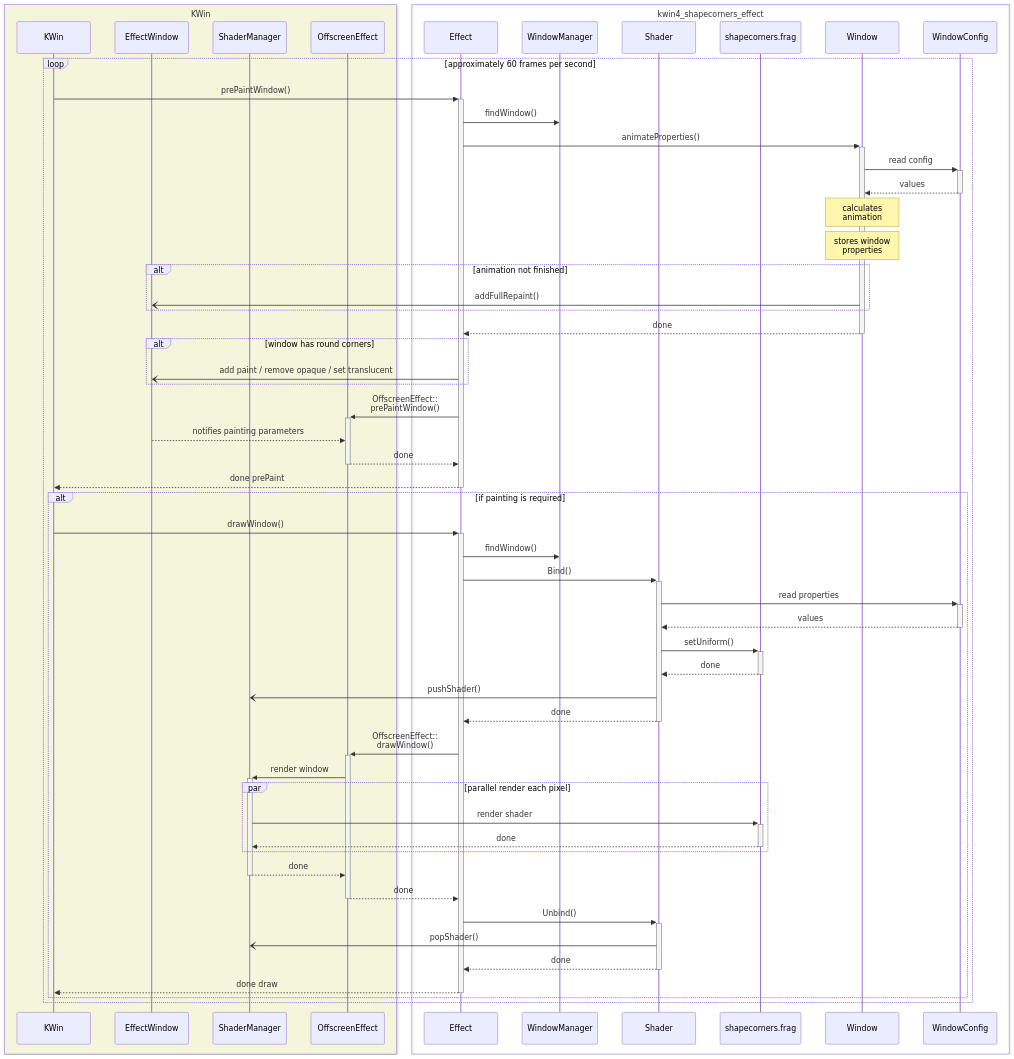
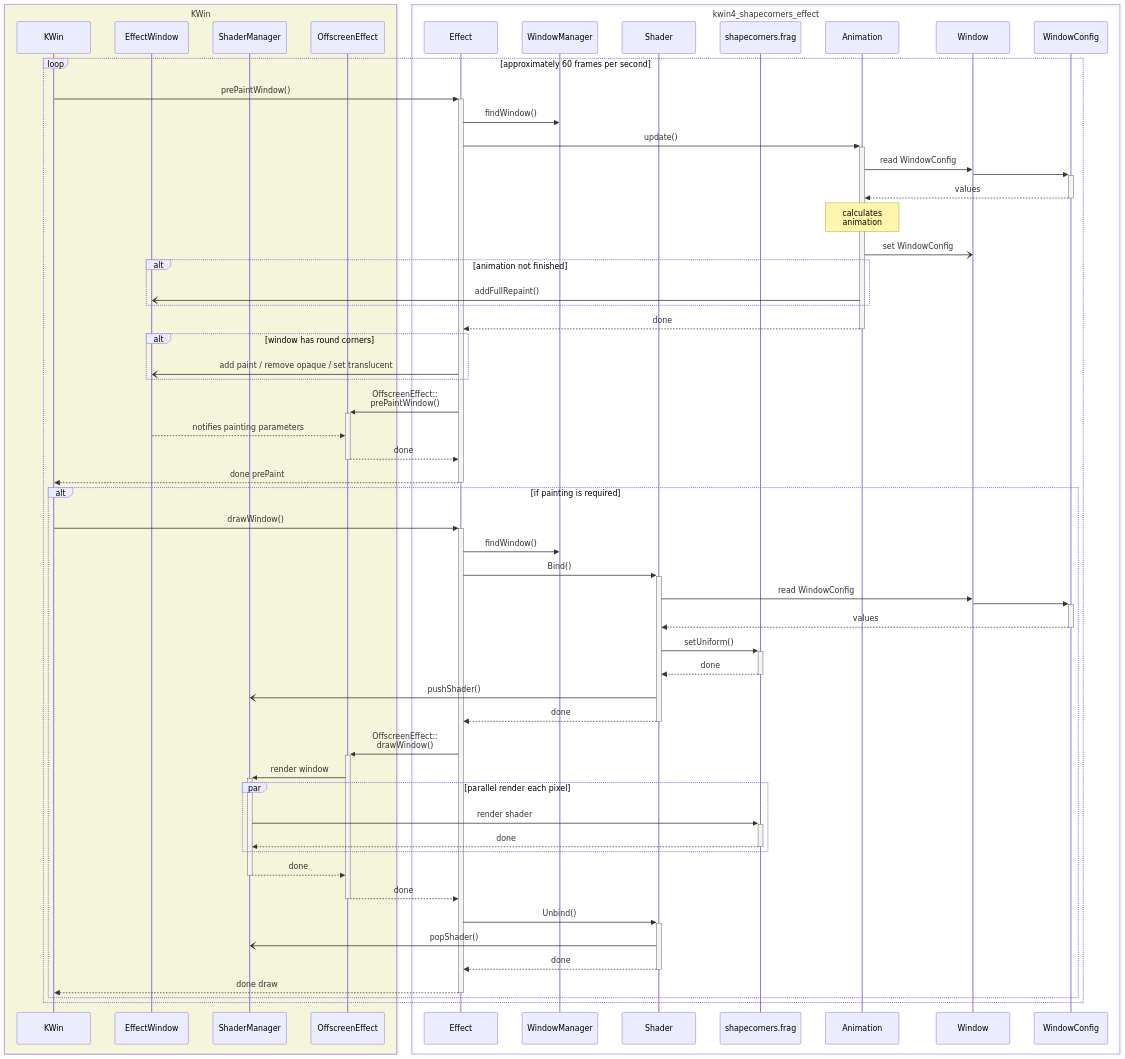
The diagram in SequenceDiagram.md (matinlotfali/KDE-Rounded-Corners), drawn with Mermaid before and after one commit.

Commit message:
Update sequence diagram to include the Animation class

````diff
--- a/SequenceDiagram.md
+++ b/SequenceDiagram.md
@@ -3,62 +3,65 @@
 ```mermaid
 sequenceDiagram
     Box beige KWin
         participant KWin
         participant EffectWindow
         participant ShaderManager
         participant OffscreenEffect
     end
     Box kwin4_shapecorners_effect
         participant Effect
         participant WindowManager
         participant Shader
         participant shapecorners.frag
+        participant Animation
         participant Window
         participant WindowConfig
     end
 
     loop approximately 60 frames per second
         KWin->>+Effect: prePaintWindow()
         Effect->>WindowManager: findWindow()
-        Effect->>+Window: animateProperties()
-        Window->>+WindowConfig: read config
-        WindowConfig-->>-Window: values
-        Note over Window: calculates<br>animation
-        Note over Window: stores window<br>properties
+        Effect->>+Animation: update()
+        Animation->>Window: read WindowConfig
+        Window->>+WindowConfig:
+        WindowConfig-->>-Animation: values
+        Note over Animation: calculates<br>animation
+        Animation-)Window: set WindowConfig
         alt animation not finished
-            Window-)EffectWindow: addFullRepaint()
+            Animation-)EffectWindow: addFullRepaint()
         end
-        Window-->>-Effect: done
+        Animation-->>-Effect: done
         alt window has round corners
             Effect-)EffectWindow: add paint / remove opaque / set translucent
         end
         Effect->>+OffscreenEffect: OffscreenEffect::<br>prePaintWindow()
         EffectWindow-->>OffscreenEffect: notifies painting parameters 
         OffscreenEffect-->>-Effect: done
         Effect-->>-KWin: done prePaint
         
         alt if painting is required
             KWin->>+Effect: drawWindow()
             Effect->>WindowManager: findWindow()
             Effect->>+Shader: Bind()
-            Shader->>+WindowConfig: read properties
+            Shader->>Window: read WindowConfig
+            Window->>+WindowConfig:
             WindowConfig-->>-Shader: values
             Shader->>+shapecorners.frag: setUniform()
             shapecorners.frag-->>-Shader: done
             Shader-)ShaderManager: pushShader()
             Shader-->>-Effect: done
             Effect->>+OffscreenEffect: OffscreenEffect::<br>drawWindow()
             OffscreenEffect->>+ShaderManager: render window
             par parallel render each pixel
                 ShaderManager->>+shapecorners.frag: render shader
                 shapecorners.frag-->>-ShaderManager: done
             end
             ShaderManager-->>-OffscreenEffect: done
             OffscreenEffect-->>-Effect: done
             Effect->>+Shader: Unbind()
             Shader-)ShaderManager: popShader()
             Shader-->>-Effect: done
             Effect-->>-KWin: done draw
         end
     end
 ```
````
